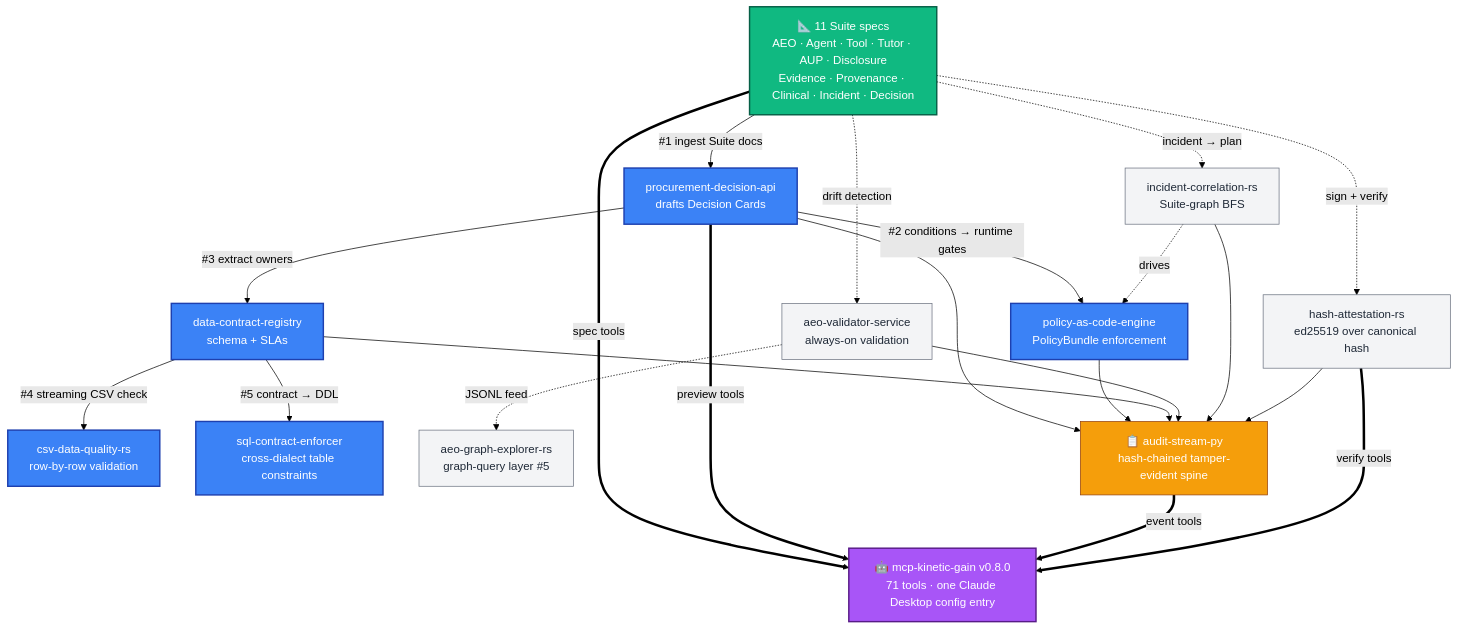
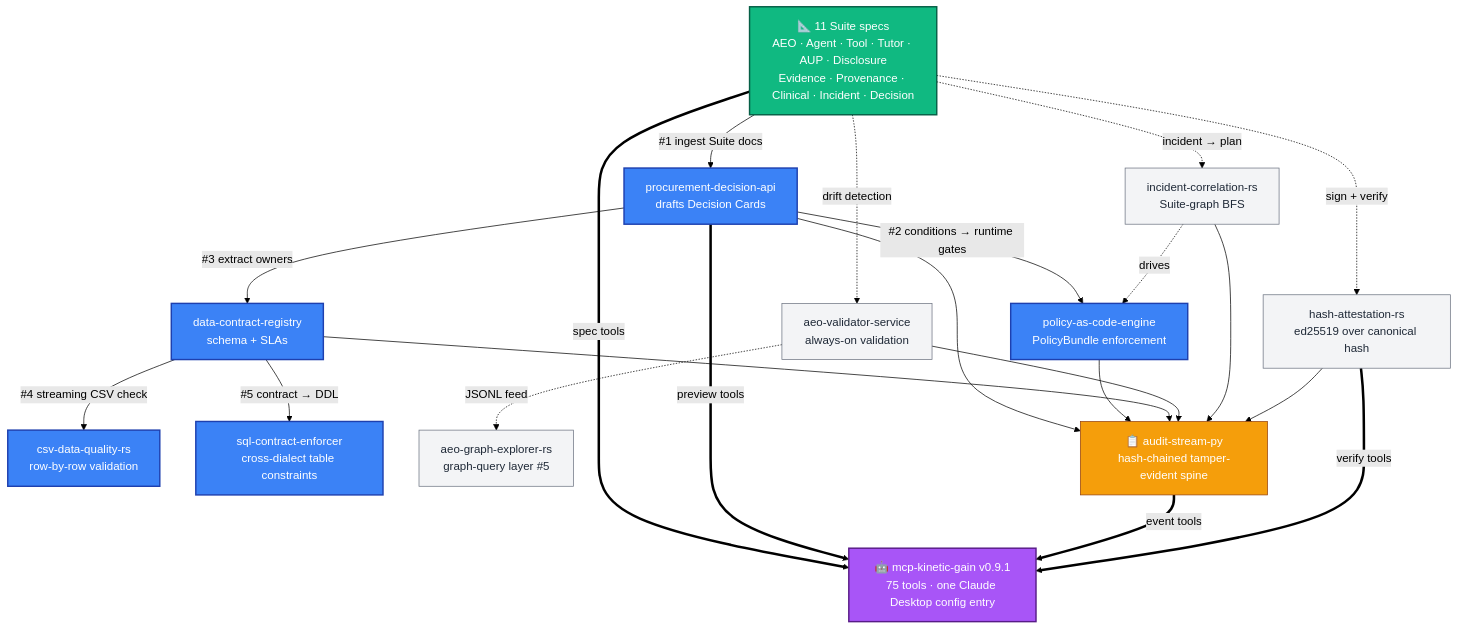
Before and after one commit to mizcausevic-dev/kinetic-gain-protocol-suite: the first of 2 diagrams in README.md, drawn with Mermaid (forest theme). The commit also changed other lines of this file, not shown here.

````diff
--- a/README.md
+++ b/README.md
@@ -121,36 +122,36 @@
 ```mermaid
 flowchart TB
     classDef spec fill:#10b981,stroke:#065f46,color:#fff,stroke-width:2px
     classDef hook fill:#3b82f6,stroke:#1e40af,color:#fff,stroke-width:2px
     classDef sup fill:#f3f4f6,stroke:#6b7280,color:#1f2937
     classDef stream fill:#f59e0b,stroke:#92400e,color:#fff
     classDef mcp fill:#a855f7,stroke:#581c87,color:#fff,stroke-width:2px
 
     SPECS["📐 11 Suite specs<br/>AEO · Agent · Tool · Tutor · AUP · Disclosure<br/>Evidence · Provenance · Clinical · Incident · Decision"]:::spec
 
     SPECS -->|"#1 ingest Suite docs"| PDA["procurement-decision-api<br/>drafts Decision Cards"]:::hook
     PDA -->|"#2 conditions → runtime gates"| PAC["policy-as-code-engine<br/>PolicyBundle enforcement"]:::hook
     PDA -->|"#3 extract owners"| DCR["data-contract-registry<br/>schema + SLAs"]:::hook
     DCR -->|"#4 streaming CSV check"| CDQ["csv-data-quality-rs<br/>row-by-row validation"]:::hook
     DCR -->|"#5 contract → DDL"| SCE["sql-contract-enforcer<br/>cross-dialect table constraints"]:::hook
 
     SPECS -.->|sign + verify| HA["hash-attestation-rs<br/>ed25519 over canonical hash"]:::sup
     SPECS -.->|drift detection| AVS["aeo-validator-service<br/>always-on validation"]:::sup
     AVS -.->|JSONL feed| AGE["aeo-graph-explorer-rs<br/>graph-query layer #5"]:::sup
     SPECS -.->|incident → plan| ICR["incident-correlation-rs<br/>Suite-graph BFS"]:::sup
     ICR -.->|drives| PAC
 
     PDA --> AS
     PAC --> AS
     DCR --> AS
     AVS --> AS
     ICR --> AS
     HA --> AS
     AS["📋 audit-stream-py<br/>hash-chained tamper-evident spine"]:::stream
 
     SPECS ==>|spec tools| MCP
     PDA ==>|preview tools| MCP
     AS ==>|event tools| MCP
     HA ==>|verify tools| MCP
-    MCP["🤖 mcp-kinetic-gain v0.8.0<br/>71 tools · one Claude Desktop config entry"]:::mcp
+    MCP["🤖 mcp-kinetic-gain v0.9.1<br/>75 tools · one Claude Desktop config entry"]:::mcp
 ```
````
